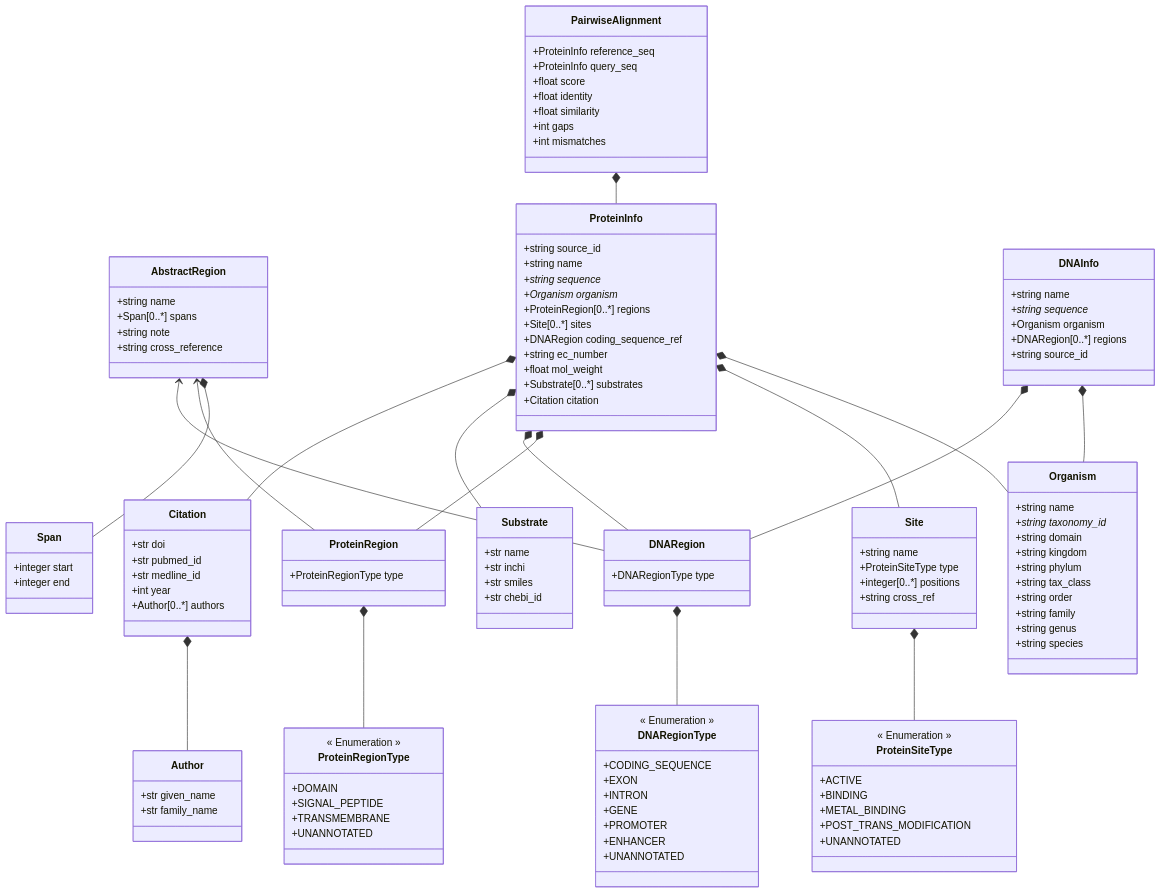
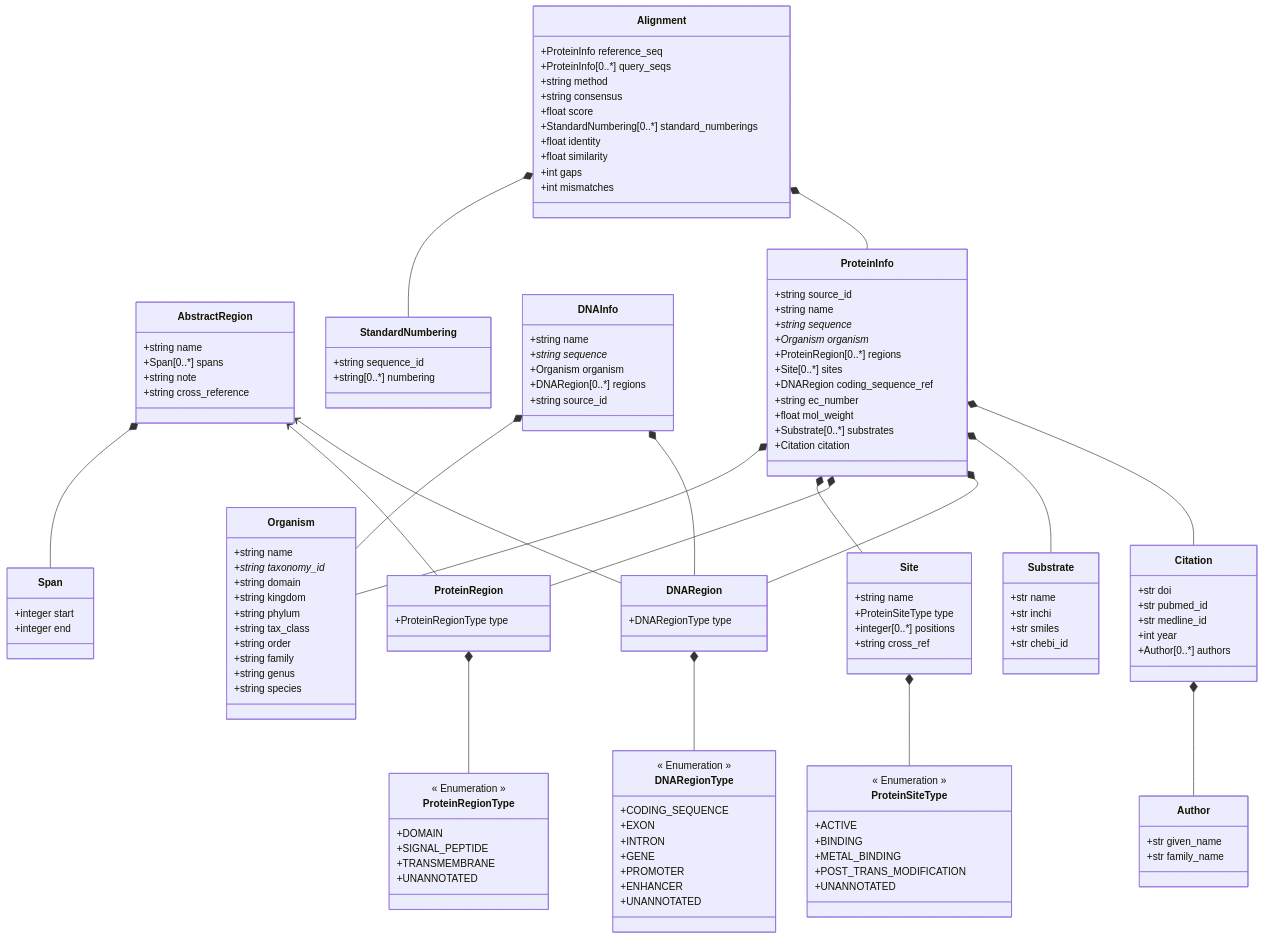
One commit to PyEED/pyeed changed the diagram in pyEED/schemes/pyeed_schema.md. Above: the diagram before and after it, drawn with Mermaid. The commit also changed 19 other files, not shown here.

Commit message:
added `StandardNumbering` to DM

```diff
--- a/pyEED/schemes/pyeed_schema.md
+++ b/pyEED/schemes/pyeed_schema.md
@@ -15,7 +15,8 @@
     DNARegion *-- DNARegionType
     ProteinRegion *-- ProteinRegionType
     Site *-- ProteinSiteType
-    PairwiseAlignment *-- ProteinInfo
+    Alignment *-- ProteinInfo
+    Alignment *-- StandardNumbering
     
     class ProteinInfo {
         +string source_id
@@ -99,14 +100,22 @@
         +string species
     }
     
-    class PairwiseAlignment {
+    class Alignment {
         +ProteinInfo reference_seq
-        +ProteinInfo query_seq
+        +ProteinInfo[0..*] query_seqs
+        +string method
+        +string consensus
         +float score
+        +StandardNumbering[0..*] standard_numberings
         +float identity
         +float similarity
         +int gaps
         +int mismatches
+    }
+    
+    class StandardNumbering {
+        +string sequence_id
+        +string[0..*] numbering
     }
     
     class ProteinSiteType {
```
